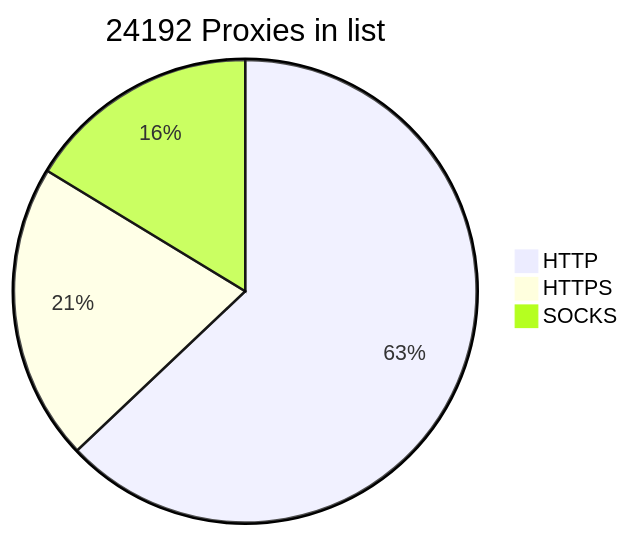
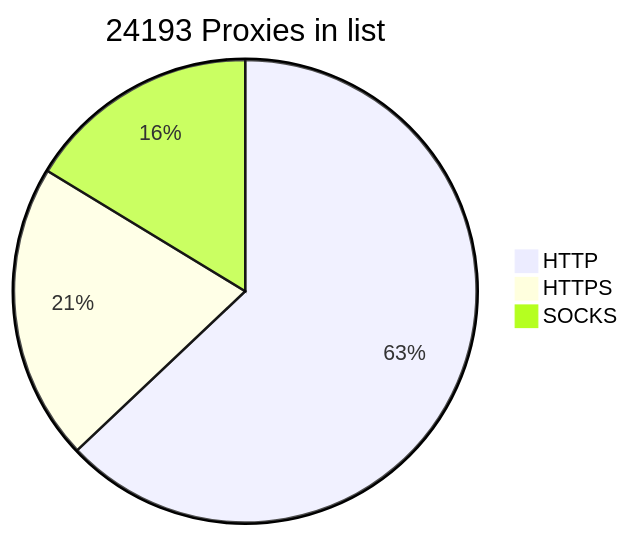
The diagram in README.md (BlackSnowDot/proxylist-update-every-minute), drawn with Mermaid before and after one commit.

````diff
--- a/README.md
+++ b/README.md
@@ -2,6 +2,6 @@
 ```mermaid
-pie title 24192 Proxies in list
-    "HTTP" : 17489
+pie title 24193 Proxies in list
+    "HTTP" : 17495
     "HTTPS": 5771
     "SOCKS" : 4530
 ```
````
